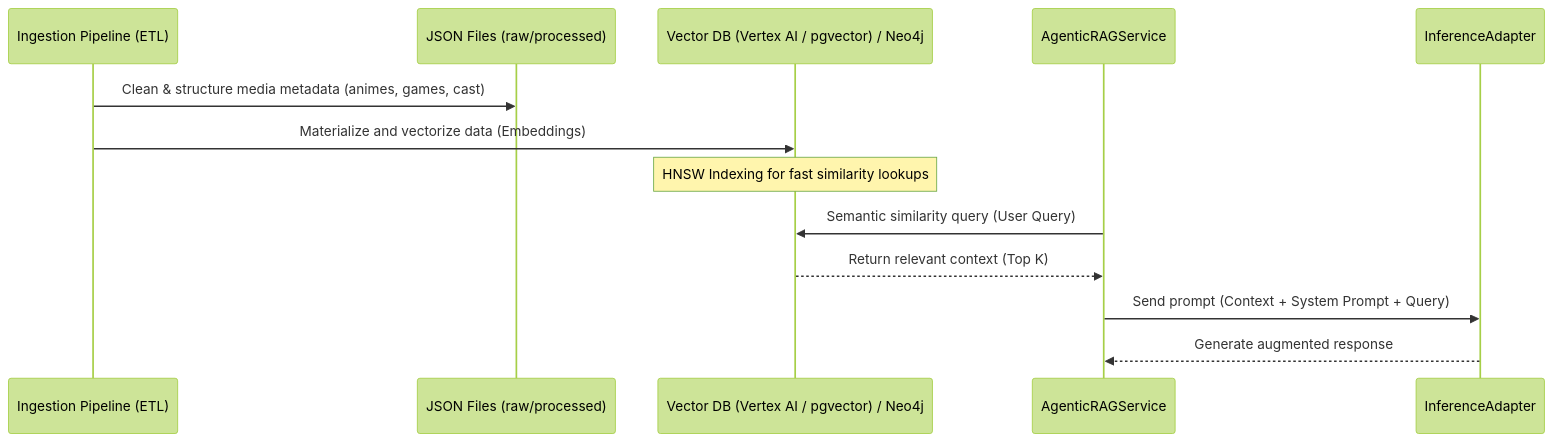
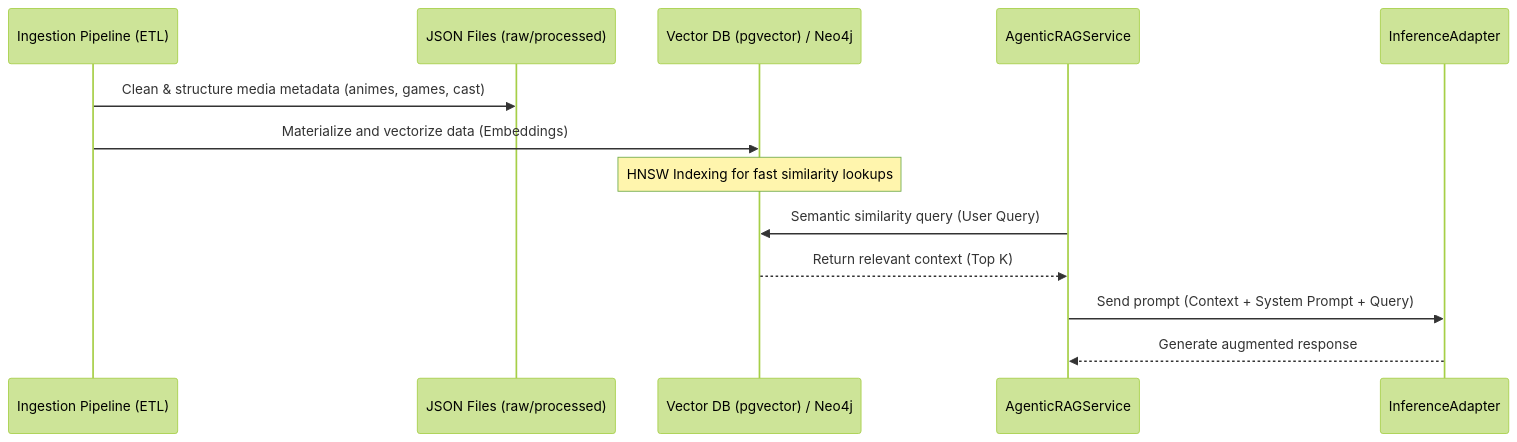
The fourth of 5 diagrams in docs/DIAGRAMMES.md (MissawB/Animetix), drawn with Mermaid (forest theme) before and after one commit. The commit also changed other lines of this file and 6 other files, not shown here.

````diff
--- a/docs/DIAGRAMMES.md
+++ b/docs/DIAGRAMMES.md
@@ -138,18 +140,18 @@
 ```mermaid
 sequenceDiagram
     participant Pipeline as Ingestion Pipeline (ETL)
     participant Json as JSON Files (raw/processed)
-    participant Db as Vector DB (Vertex AI / pgvector) / Neo4j
+    participant Db as Vector DB (pgvector) / Neo4j
     participant RAG as AgenticRAGService
     participant LLM as InferenceAdapter
 
     Pipeline->>Json: Clean & structure media metadata (animes, games, cast)
     Pipeline->>Db: Materialize and vectorize data (Embeddings)
     Note over Db: HNSW Indexing for fast similarity lookups
     
     RAG->>Db: Semantic similarity query (User Query)
     Db-->>RAG: Return relevant context (Top K)
     
     RAG->>LLM: Send prompt (Context + System Prompt + Query)
     LLM-->>RAG: Generate augmented response
 ```
````
